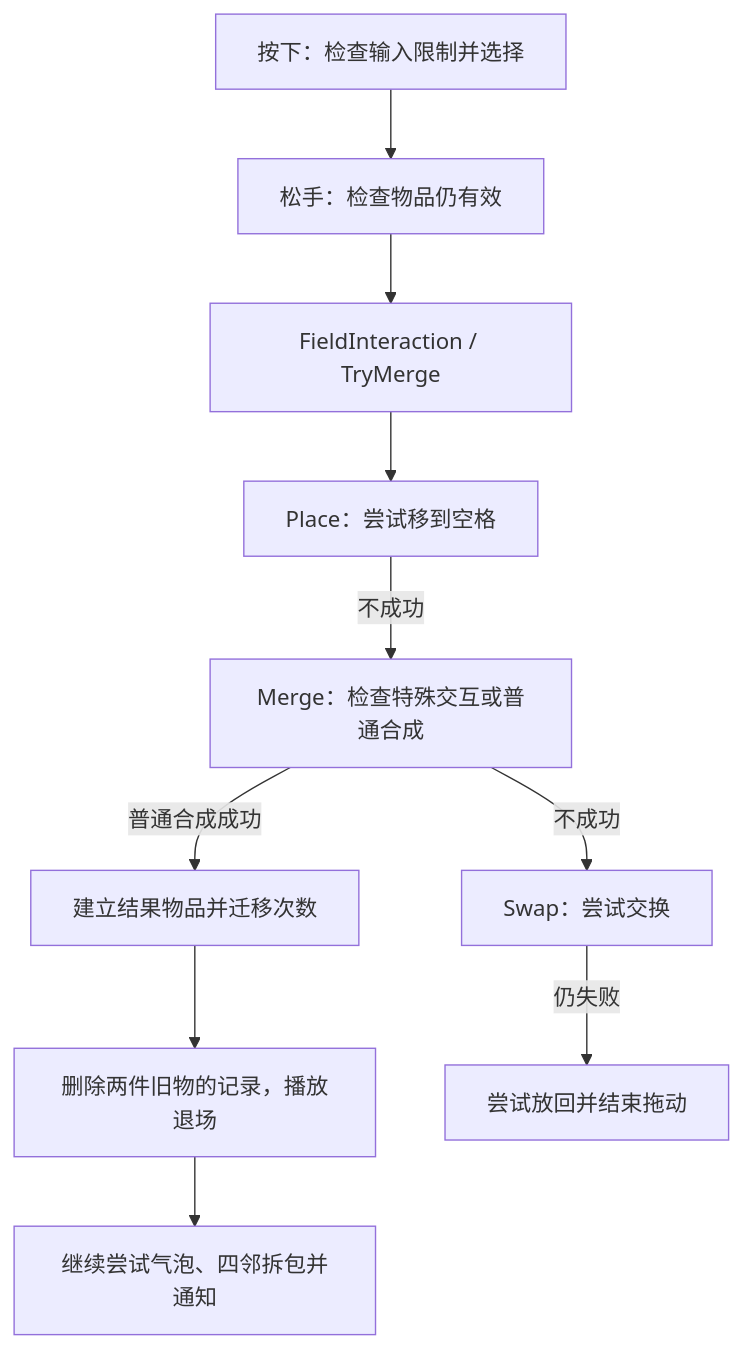
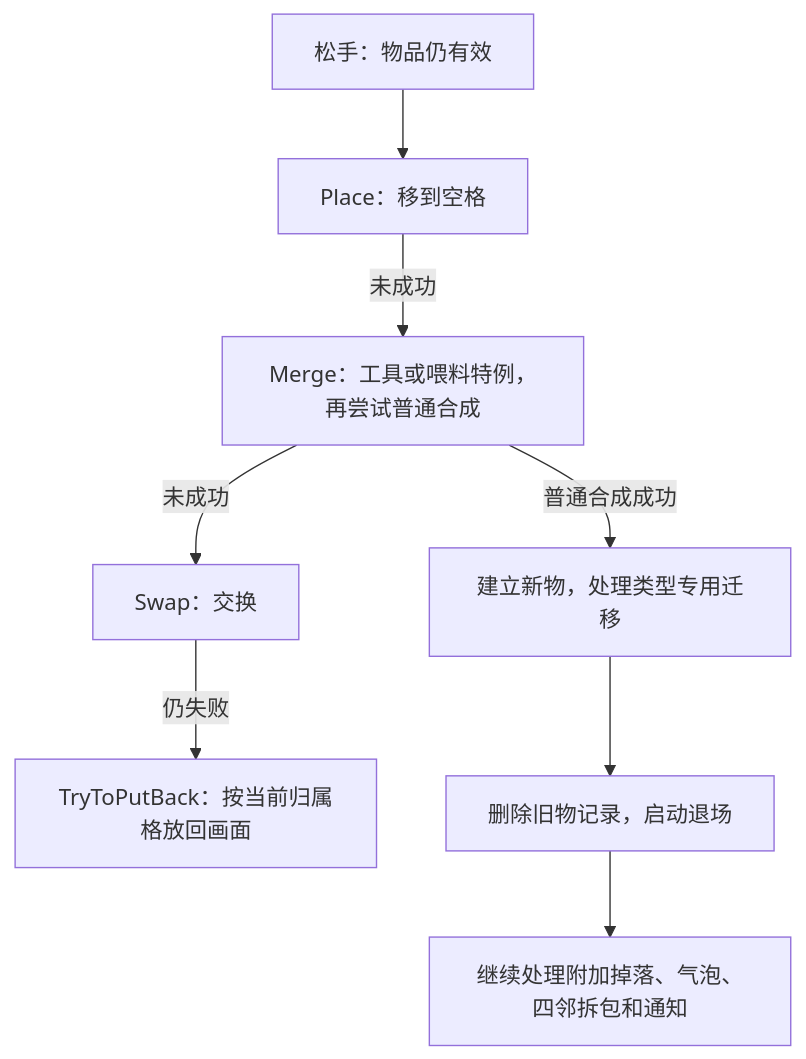
One commit to LIQIANGEASTSUN/MergeTwo changed the diagram in 参考项目/MergeInn_8.7_APKPure_code_reference_20260924/_分析实现方案/02_功能扩展与执行流程.md. Above: the diagram before and after it, drawn with Mermaid. The commit also changed other lines of this file and 54 other files, not shown here.

````diff
--- a/参考项目/MergeInn_8.7_APKPure_code_reference_20260924/_分析实现方案/02_功能扩展与执行流程.md
+++ b/参考项目/MergeInn_8.7_APKPure_code_reference_20260924/_分析实现方案/02_功能扩展与执行流程.md
@@ -122,12 +24,10 @@
 ```mermaid
 flowchart TD
-    A[按下：检查输入限制并选择] --> B[松手：检查物品仍有效]
-    B --> C[FieldInteraction / TryMerge]
-    C --> D[Place：尝试移到空格]
-    D -->|不成功| E[Merge：检查特殊交互或普通合成]
-    E -->|不成功| F[Swap：尝试交换]
-    E -->|普通合成成功| G[建立结果物品并迁移次数]
-    G --> H[删除两件旧物的记录，播放退场]
-    H --> I[继续尝试气泡、四邻拆包并通知]
-    F -->|仍失败| J[尝试放回并结束拖动]
+    A[松手：物品仍有效] --> B[Place：移到空格]
+    B -->|未成功| C[Merge：工具或喂料特例，再尝试普通合成]
+    C -->|未成功| D[Swap：交换]
+    D -->|仍失败| E[TryToPutBack：按当前归属格放回画面]
+    C -->|普通合成成功| F[建立新物，处理类型专用迁移]
+    F --> G[删除旧物记录，启动退场]
+    G --> H[继续处理附加掉落、气泡、四邻拆包和通知]
 ```
````
